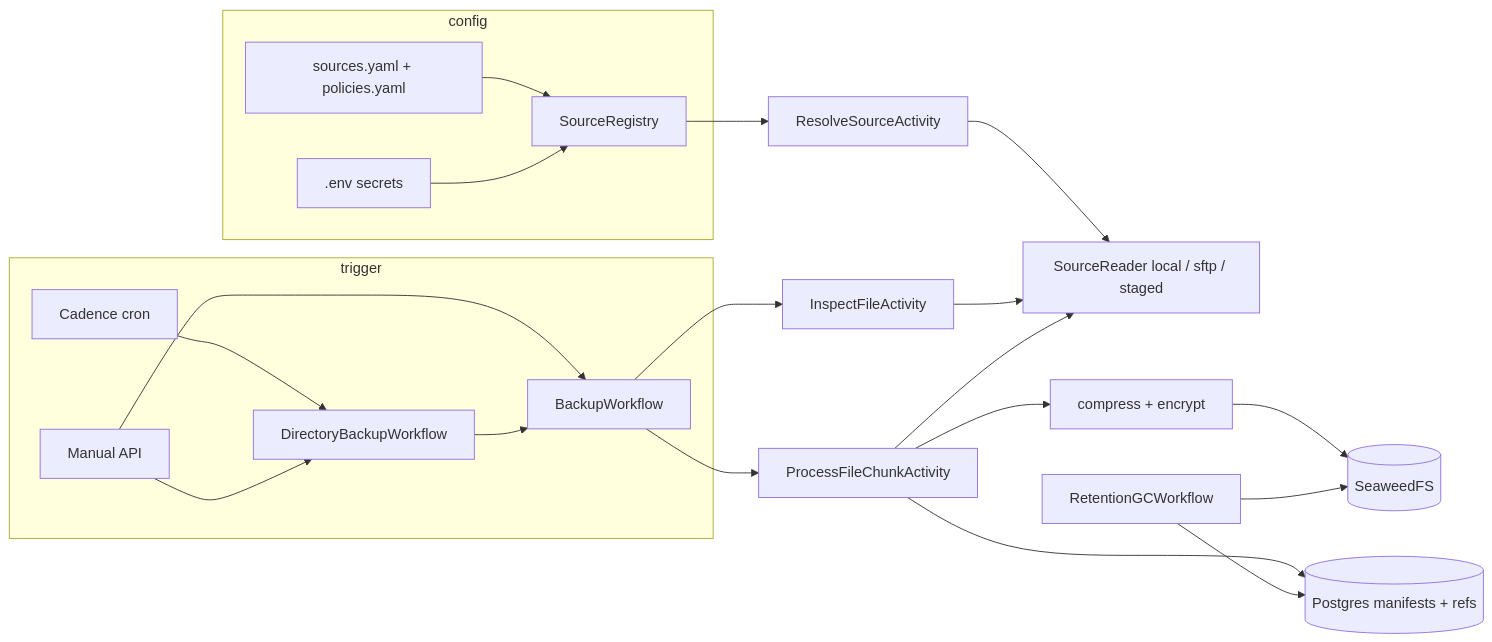
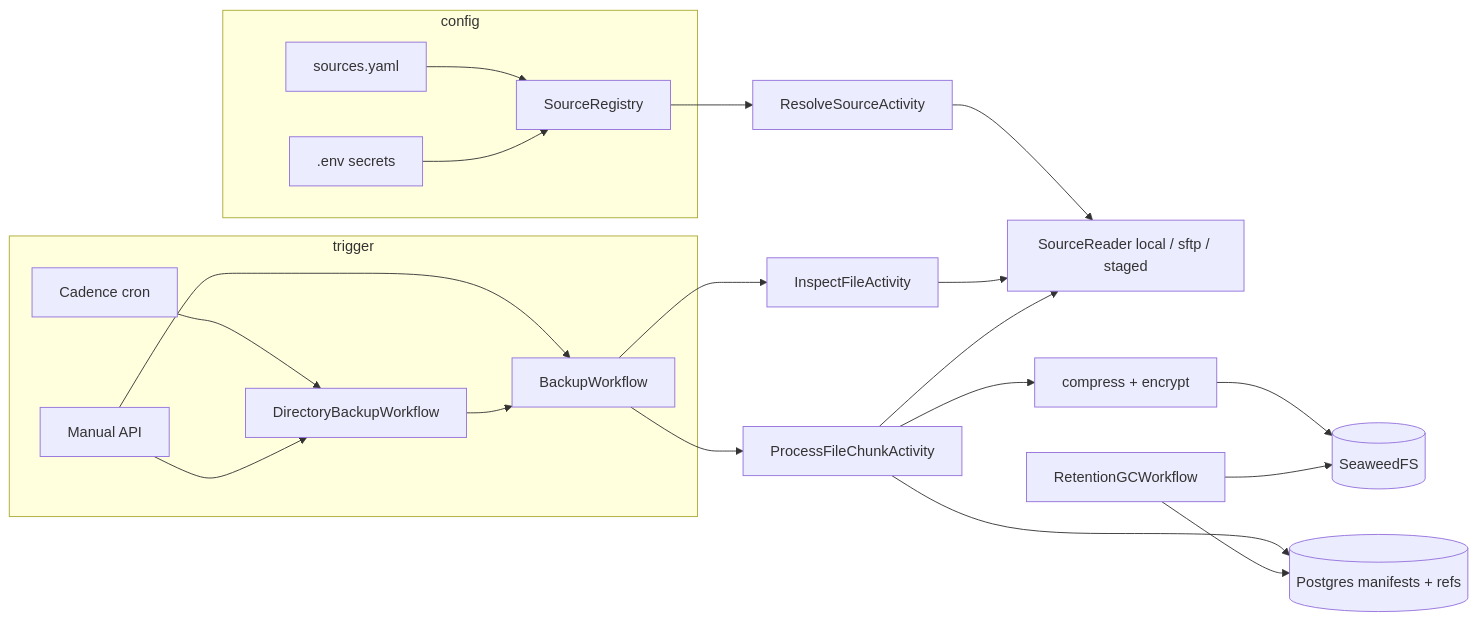
One commit to KarthikSJ97/CosmosBDR changed the diagram in docs/multi-source-backup-strategy.md. Above: the diagram before and after it, drawn with Mermaid. The commit also changed other lines of this file and 12 other files, not shown here.

Commit message:
Remove backup policies YAML, loader, and policies API which was over abstraction

````diff
--- a/docs/multi-source-backup-strategy.md
+++ b/docs/multi-source-backup-strategy.md
@@ -290,31 +291,31 @@
 ```mermaid
 flowchart LR
   subgraph config
-    YAML[sources.yaml + policies.yaml]
+    YAML[sources.yaml]
     ENV[.env secrets]
     YAML --> Registry[SourceRegistry]
     ENV --> Registry
   end
 
   subgraph trigger
     Cron[Cadence cron]
     API[Manual API]
     Cron --> DirWF[DirectoryBackupWorkflow]
     API --> DirWF
     API --> BkWF[BackupWorkflow]
     DirWF --> BkWF
   end
 
   Registry --> Resolve[ResolveSourceActivity]
   Resolve --> Reader[SourceReader local / sftp / staged]
   BkWF --> Inspect[InspectFileActivity]
   Inspect --> Reader
   BkWF --> Chunk[ProcessFileChunkActivity]
   Chunk --> Reader
   Chunk --> Codec[compress + encrypt]
   Codec --> Seaweed[(SeaweedFS)]
   Chunk --> PG[(Postgres manifests + refs)]
 
   Retention[RetentionGCWorkflow] --> PG
   Retention --> Seaweed
 ```
````
